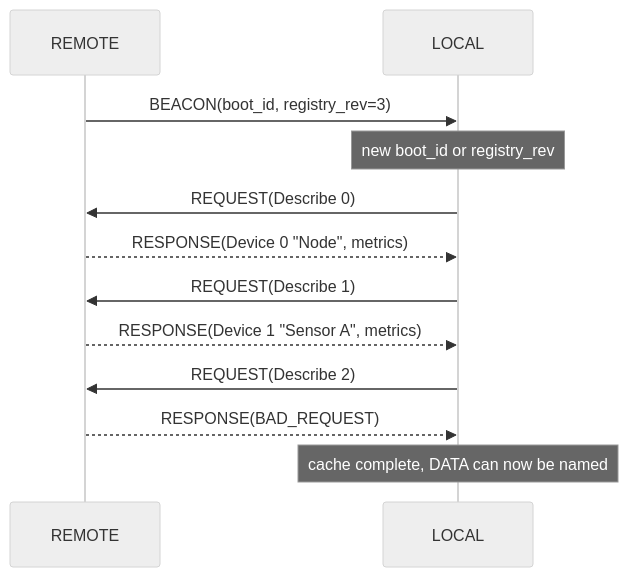
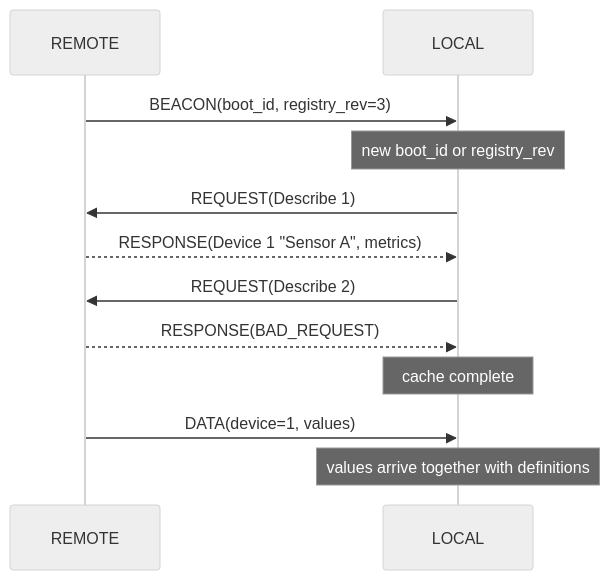
Before and after one commit to Warpguru/LoRaIoT: the third of 7 diagrams in doc/LoRaProtocol.md, drawn with Mermaid (neutral theme). The commit also changed other lines of this file and 35 other files, not shown here.

Commit message:
Refactoring to push-only data flow 4 local and remote (TechDebt.md §8)

````diff
--- a/doc/LoRaProtocol.md
+++ b/doc/LoRaProtocol.md
@@ -503,14 +527,14 @@
 ```mermaid
 sequenceDiagram
     participant R as REMOTE
     participant L as LOCAL
     R->>L: BEACON(boot_id, registry_rev=3)
     Note over L: new boot_id or registry_rev
-    L->>R: REQUEST(Describe 0)
-    R-->>L: RESPONSE(Device 0 "Node", metrics)
     L->>R: REQUEST(Describe 1)
     R-->>L: RESPONSE(Device 1 "Sensor A", metrics)
     L->>R: REQUEST(Describe 2)
     R-->>L: RESPONSE(BAD_REQUEST)
-    Note over L: cache complete, DATA can now be named
+    Note over L: cache complete
+    R->>L: DATA(device=1, values)
+    Note over L: values arrive together with definitions
 ```
````
